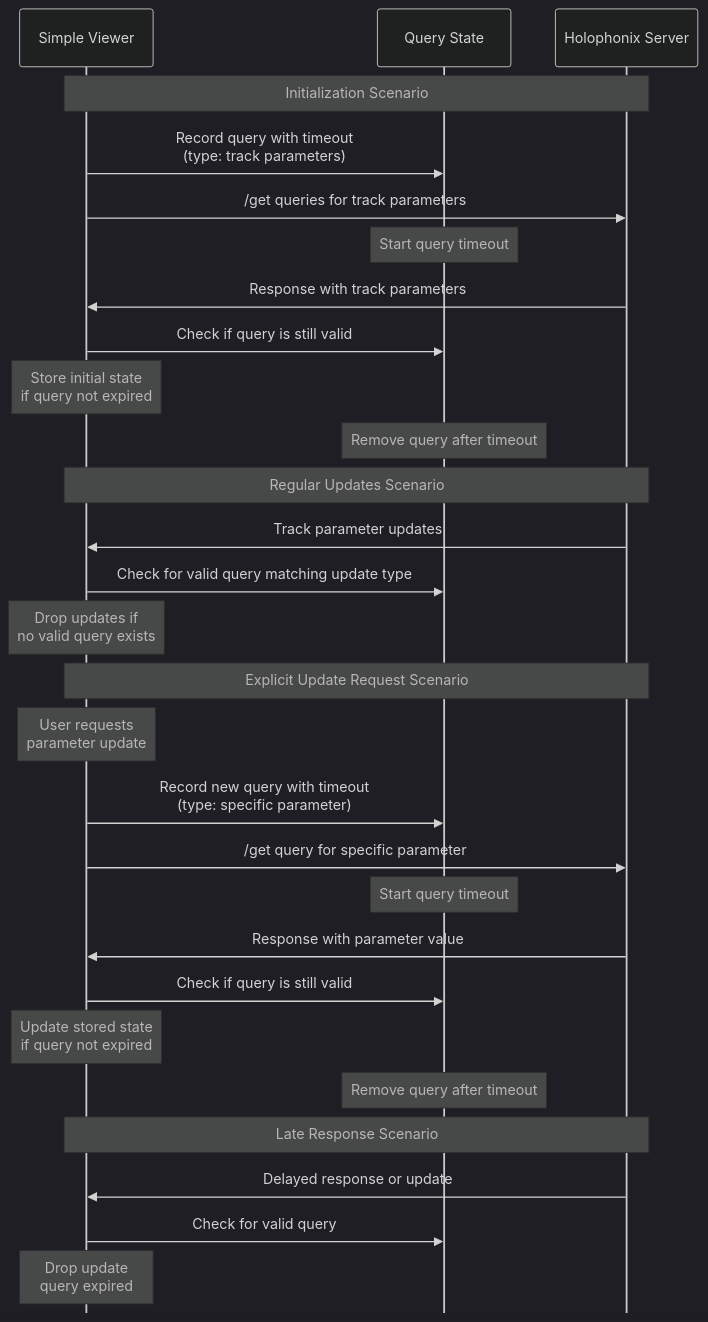
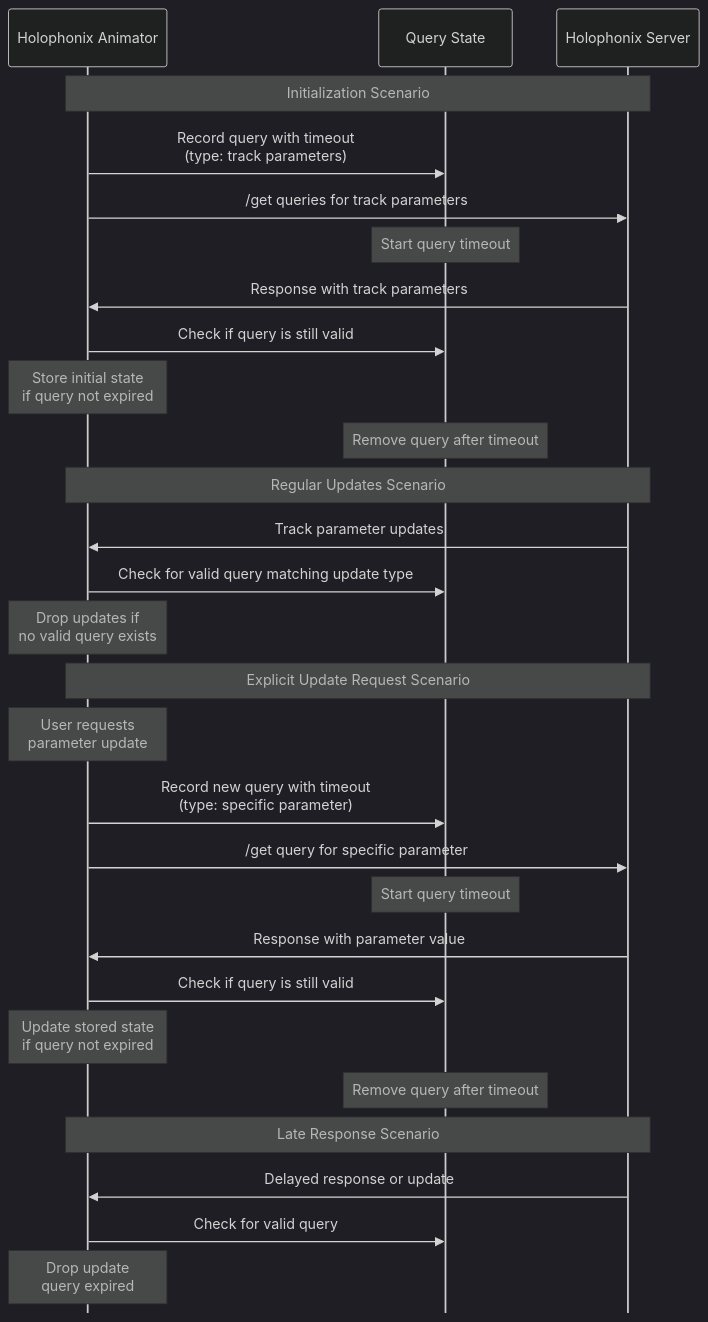
Before and after one commit to dewiweb/holophonix-animator: the diagram in docs/architecture/diagrams/state-storage-behavior.mmd, drawn with Mermaid. The commit also changed 5 other files, not shown here.

First line of the commit message:
feat(arch): Update architecture diagrams

```diff
--- a/docs/architecture/diagrams/state-storage-behavior.mmd
+++ b/docs/architecture/diagrams/state-storage-behavior.mmd
@@ -1,65 +1,65 @@
 %%{init: {
   'theme': 'dark',
   'themeVariables': {
     'fontSize': '16px',
     'fontFamily': 'arial',
     'lineWidth': '2px',
     'arrowMarkerAbsolute': true,
     'darkMode': true,
     'primaryColor': '#fff',
     'primaryTextColor': '#fff',
     'primaryBorderColor': '#fff',
     'lineColor': '#f5f5f5',
     'textColor': '#f5f5f5'
   },
   'sequence': {
     'messageAlign': 'center',
     'boxMargin': 10,
     'boxTextMargin': 5,
     'noteMargin': 10,
     'messageMargin': 35,
     'mirrorActors': false,
     'bottomMarginAdj': 1,
     'useMaxWidth': true,
     'rightAngles': false,
     'showSequenceNumbers': false
   }
 } }%%
 
 sequenceDiagram
-    participant App as Simple Viewer
+    participant App as Holophonix Animator
     participant State as Query State
     participant Holo as Holophonix Server
     
     %% Initialization Scenario
     Note over App,Holo: Initialization Scenario
     App->>State: Record query with timeout<br/>(type: track parameters)
     App->>Holo: /get queries for track parameters
     Note over State: Start query timeout
     Holo->>App: Response with track parameters
     App->>State: Check if query is still valid
     Note over App: Store initial state<br/>if query not expired
     Note over State: Remove query after timeout
     
     %% Regular Updates Scenario
     Note over App,Holo: Regular Updates Scenario
     Holo->>App: Track parameter updates
     App->>State: Check for valid query matching update type
     Note over App: Drop updates if<br/>no valid query exists
     
     %% Explicit Update Request Scenario
     Note over App,Holo: Explicit Update Request Scenario
     Note over App: User requests<br/>parameter update
     App->>State: Record new query with timeout<br/>(type: specific parameter)
     App->>Holo: /get query for specific parameter
     Note over State: Start query timeout
     Holo->>App: Response with parameter value
     App->>State: Check if query is still valid
     Note over App: Update stored state<br/>if query not expired
     Note over State: Remove query after timeout
     
     %% Late Response Scenario
     Note over App,Holo: Late Response Scenario
     Holo->>App: Delayed response or update
     App->>State: Check for valid query
     Note over App: Drop update<br/>query expired
```
